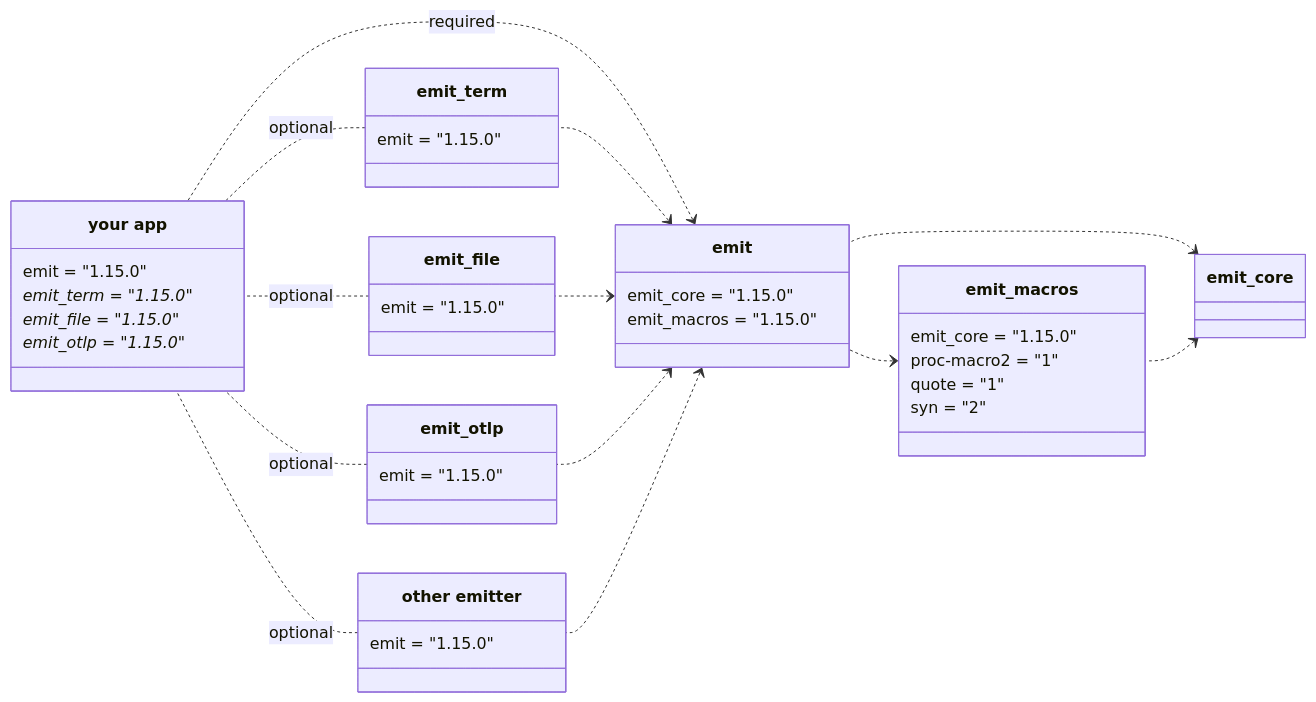
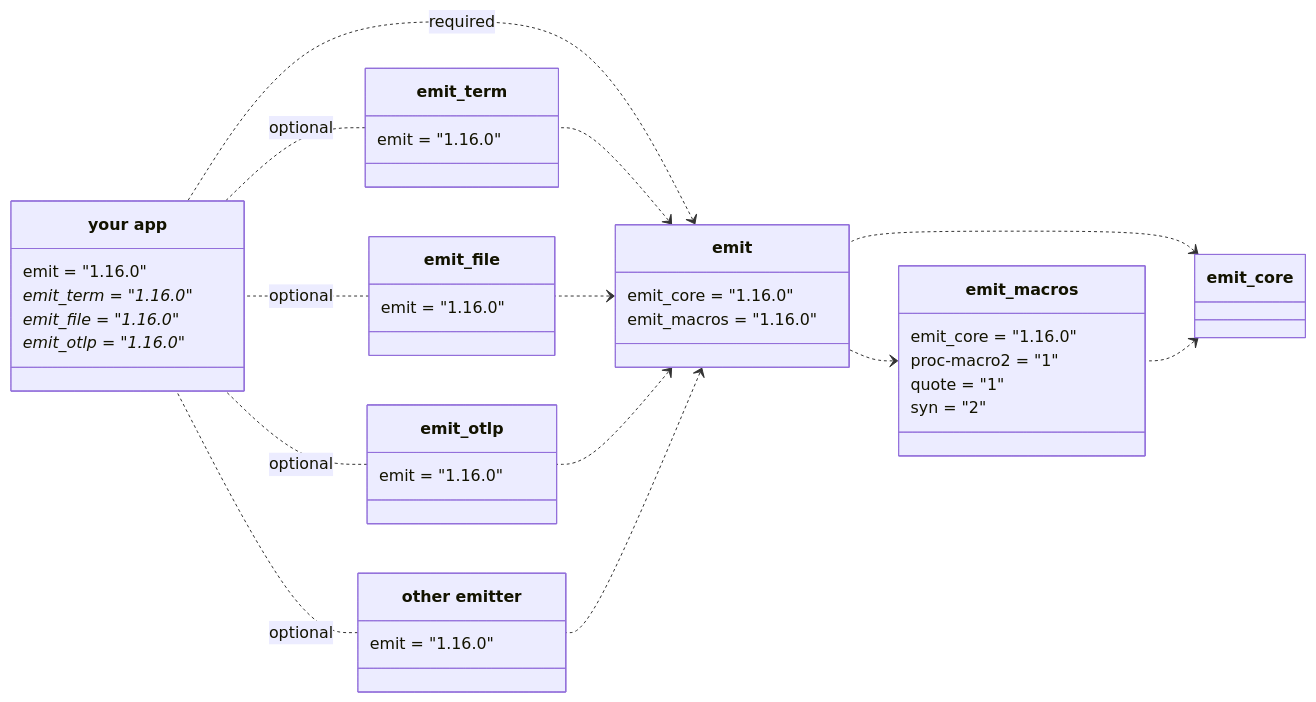
One commit to emit-rs/emit changed the first of 5 diagrams in book/src/reference/architecture.md. Above: the diagram before and after it, drawn with Mermaid. The commit also changed other lines of this file and 67 other files, not shown here.

````diff
--- a/book/src/reference/architecture.md
+++ b/book/src/reference/architecture.md
@@ -9,62 +9,62 @@
 ```mermaid
 classDiagram
     direction RL
     
     emit_core <.. emit_macros
     emit_core <.. emit
     emit_macros <.. emit
 
     class emit_macros {
-        emit_core = "1.15.0"
+        emit_core = "1.16.0"
         proc-macro2 = "1"
         quote = "1"
         syn = "2"
     }
 
     emit <.. emit_term
     emit <.. emit_file
     emit <.. emit_otlp
     emit <.. emit_custom
 
     emit <.. app : required
 
     class emit {
-        emit_core = "1.15.0"
-        emit_macros = "1.15.0"
+        emit_core = "1.16.0"
+        emit_macros = "1.16.0"
     }
 
     emit_term .. app : optional
     emit_file .. app : optional
     emit_otlp .. app : optional
     emit_custom .. app : optional
 
     class emit_term {
-        emit = "1.15.0"
+        emit = "1.16.0"
     }
 
     class emit_file {
-        emit = "1.15.0"
+        emit = "1.16.0"
     }
 
     class emit_otlp {
-        emit = "1.15.0"
+        emit = "1.16.0"
     }
 
     class emit_custom["other emitter"] {
-        emit = "1.15.0"
+        emit = "1.16.0"
     }
 
     class app["your app"] {
-        emit = "1.15.0"
-        emit_term = "1.15.0"*
-        emit_file = "1.15.0"*
-        emit_otlp = "1.15.0"*
+        emit = "1.16.0"
+        emit_term = "1.16.0"*
+        emit_file = "1.16.0"*
+        emit_otlp = "1.16.0"*
     }
 
-    click emit_core href "https://docs.rs/emit_core/1.15.0/emit_core/index.html"
-    click emit_macros href "https://docs.rs/emit_macros/1.15.0/emit_macros/index.html"
-    click emit href "https://docs.rs/emit/1.15.0/emit/index.html"
-    click emit_term href "https://docs.rs/emit_term/1.15.0/emit_term/index.html"
-    click emit_file href "https://docs.rs/emit_file/1.15.0/emit_file/index.html"
-    click emit_otlp href "https://docs.rs/emit_otlp/1.15.0/emit_otlp/index.html"
+    click emit_core href "https://docs.rs/emit_core/1.16.0/emit_core/index.html"
+    click emit_macros href "https://docs.rs/emit_macros/1.16.0/emit_macros/index.html"
+    click emit href "https://docs.rs/emit/1.16.0/emit/index.html"
+    click emit_term href "https://docs.rs/emit_term/1.16.0/emit_term/index.html"
+    click emit_file href "https://docs.rs/emit_file/1.16.0/emit_file/index.html"
+    click emit_otlp href "https://docs.rs/emit_otlp/1.16.0/emit_otlp/index.html"
 ```
````
